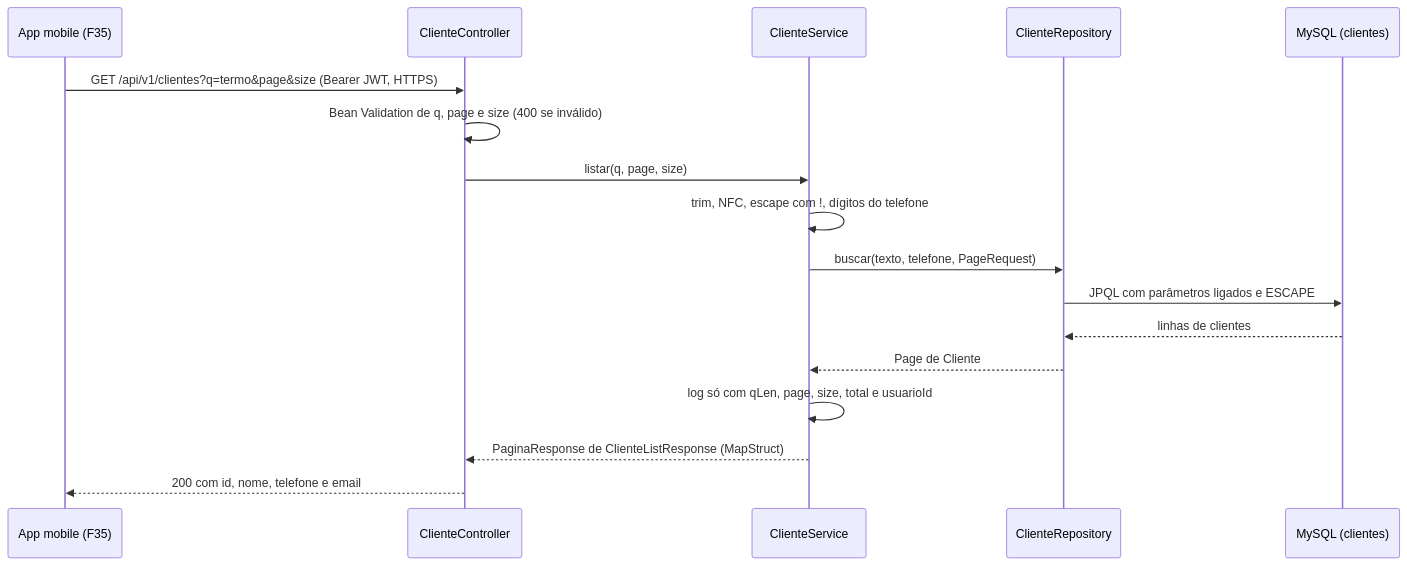
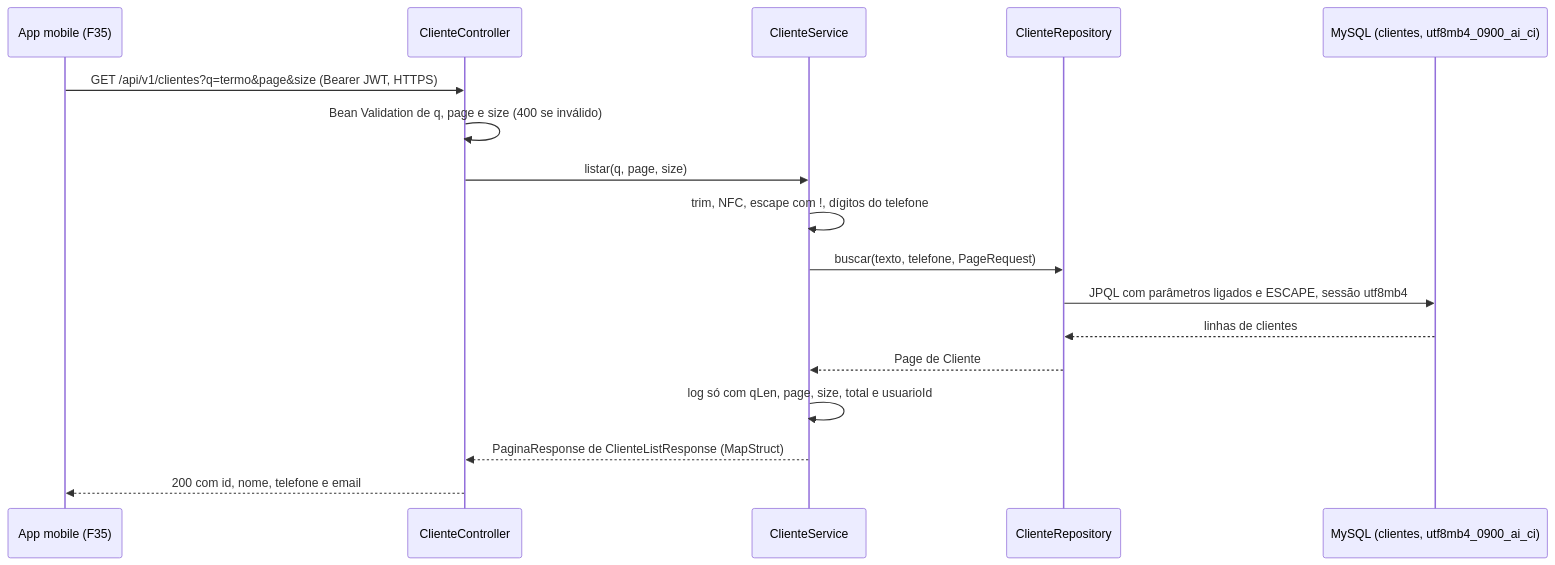
Before and after one commit to Leticia-Emily-Moraes/mecanica-sao-jorge: the diagram in docs/architecture/adr/ADR-017-padronizar-listagem-com-busca-e-paginacao.md, drawn with Mermaid. The commit also changed other lines of this file and 1 other file, not shown here.

````diff
--- a/docs/architecture/adr/ADR-017-padronizar-listagem-com-busca-e-paginacao.md
+++ b/docs/architecture/adr/ADR-017-padronizar-listagem-com-busca-e-paginacao.md
@@ -147,19 +192,19 @@
 ```mermaid
 sequenceDiagram
     participant App as App mobile (F35)
     participant Ctl as ClienteController
     participant Svc as ClienteService
     participant Repo as ClienteRepository
-    participant DB as MySQL (clientes)
+    participant DB as MySQL (clientes, utf8mb4_0900_ai_ci)
     App->>Ctl: GET /api/v1/clientes?q=termo&page&size (Bearer JWT, HTTPS)
     Ctl->>Ctl: Bean Validation de q, page e size (400 se inválido)
     Ctl->>Svc: listar(q, page, size)
     Svc->>Svc: trim, NFC, escape com !, dígitos do telefone
     Svc->>Repo: buscar(texto, telefone, PageRequest)
-    Repo->>DB: JPQL com parâmetros ligados e ESCAPE
+    Repo->>DB: JPQL com parâmetros ligados e ESCAPE, sessão utf8mb4
     DB-->>Repo: linhas de clientes
     Repo-->>Svc: Page de Cliente
     Svc->>Svc: log só com qLen, page, size, total e usuarioId
     Svc-->>Ctl: PaginaResponse de ClienteListResponse (MapStruct)
     Ctl-->>App: 200 com id, nome, telefone e email
 ```
````
